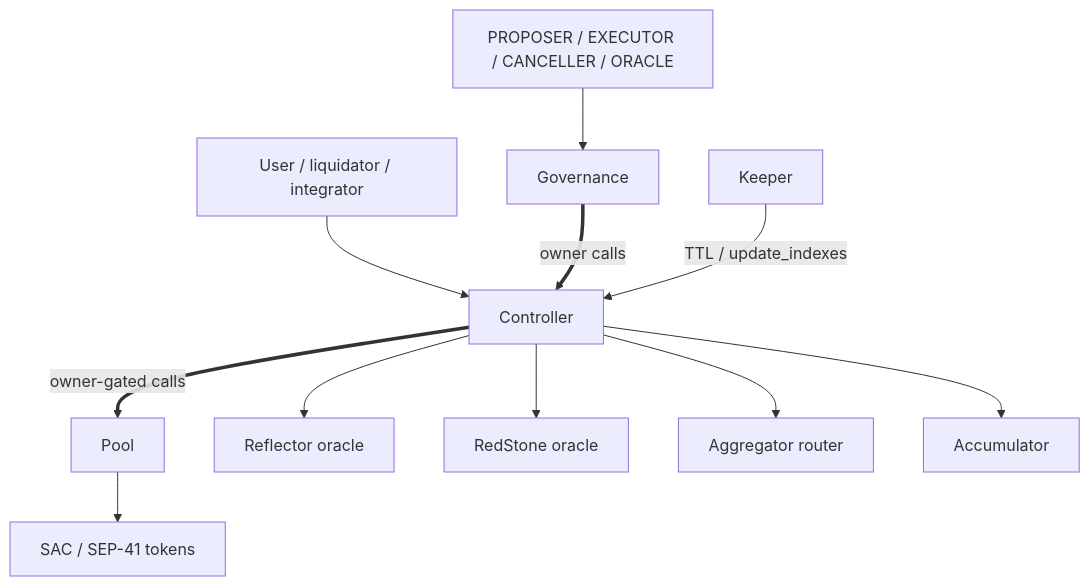
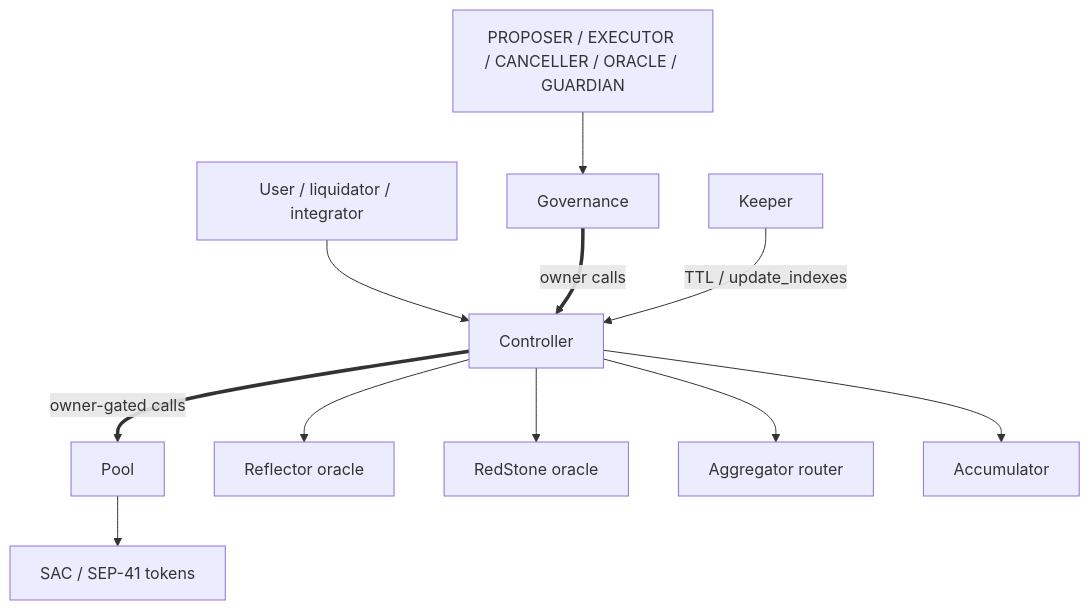
Before and after one commit to XOXNO/rs-lending-xlm: the diagram in SCF_BUILD_ARCHITECTURE.md, drawn with Mermaid. The commit also changed other lines of this file and 189 other files, not shown here.

````diff
--- a/SCF_BUILD_ARCHITECTURE.md
+++ b/SCF_BUILD_ARCHITECTURE.md
@@ -26,14 +30,14 @@
 ```mermaid
 flowchart TB
     User["User / liquidator / integrator"] --> Controller["Controller"]
     Governance["Governance"] ==>|"owner calls"| Controller
-    GovRoles["PROPOSER / EXECUTOR / CANCELLER / ORACLE"] --> Governance
+    GovRoles["PROPOSER / EXECUTOR / CANCELLER / ORACLE / GUARDIAN"] --> Governance
     Keeper["Keeper"] -->|"TTL / update_indexes"| Controller
 
     Controller ==>|"owner-gated calls"| Pool["Pool"]
     Controller --> Reflector["Reflector oracle"]
     Controller --> RedStone["RedStone oracle"]
     Controller --> Router["Aggregator router"]
     Controller --> Accumulator["Accumulator"]
     Pool --> Tokens["SAC / SEP-41 tokens"]
 ```
````
